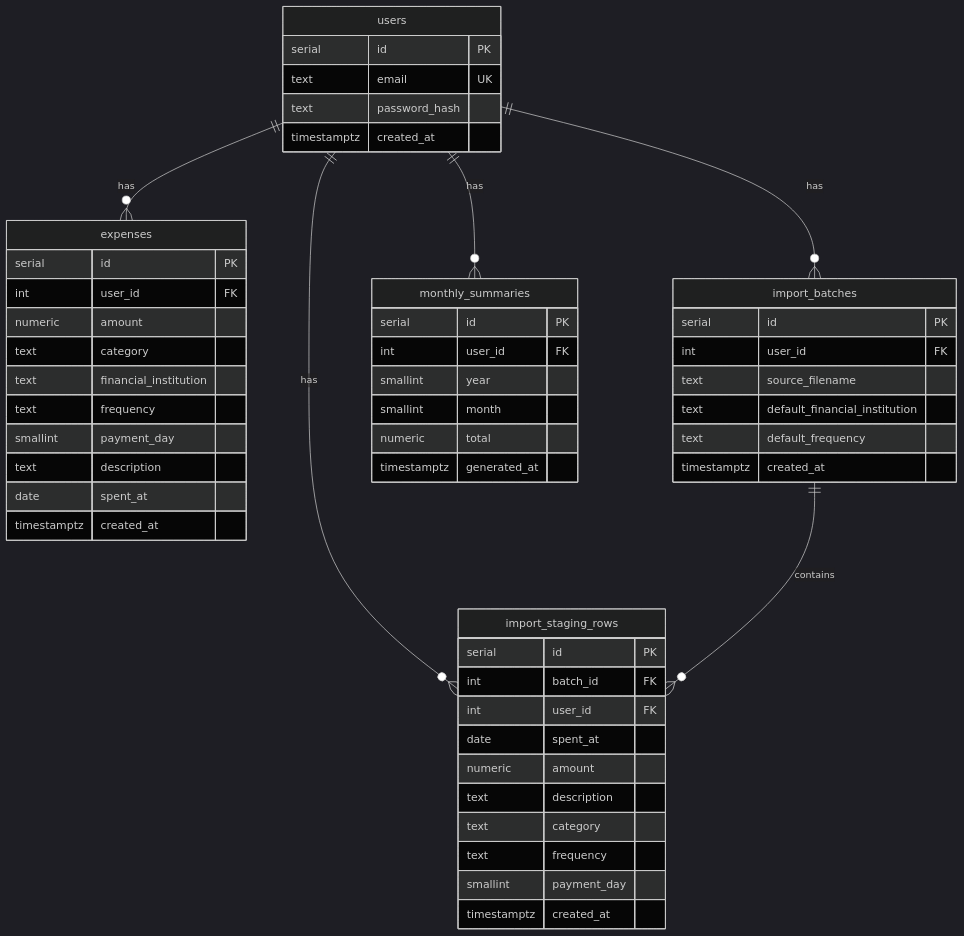
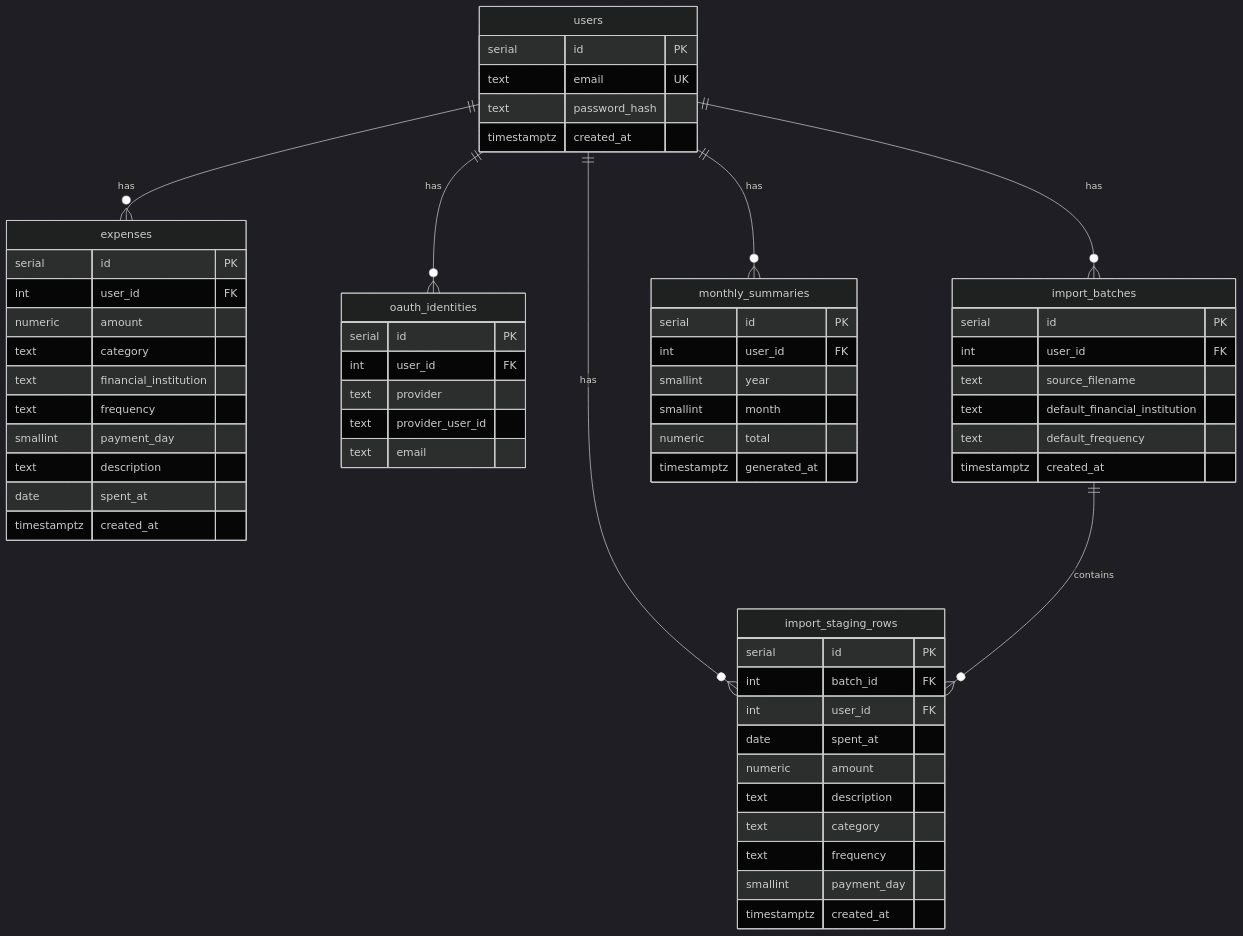
One commit to becomeonewiththecode/expense_tracker changed the fifth of 7 diagrams in docs/ARCHITECTURE_DIAGRAM.md. Above: the diagram before and after it, drawn with Mermaid (dark theme). The commit also changed other lines of this file and 19 other files, not shown here.

````diff
--- a/docs/ARCHITECTURE_DIAGRAM.md
+++ b/docs/ARCHITECTURE_DIAGRAM.md
@@ -193,59 +196,68 @@
 ```mermaid
 erDiagram
   users ||--o{ expenses : has
+  users ||--o{ oauth_identities : has
   users ||--o{ import_batches : has
   users ||--o{ import_staging_rows : has
   users ||--o{ monthly_summaries : has
   import_batches ||--o{ import_staging_rows : contains
 
   users {
     serial id PK
     text email UK
     text password_hash
     timestamptz created_at
+  }
+
+  oauth_identities {
+    serial id PK
+    int user_id FK
+    text provider
+    text provider_user_id
+    text email
   }
 
   expenses {
     serial id PK
     int user_id FK
     numeric amount
     text category
     text financial_institution
     text frequency
     smallint payment_day
     text description
     date spent_at
     timestamptz created_at
   }
 
   import_batches {
     serial id PK
     int user_id FK
     text source_filename
     text default_financial_institution
     text default_frequency
     timestamptz created_at
   }
 
   import_staging_rows {
     serial id PK
     int batch_id FK
     int user_id FK
     date spent_at
     numeric amount
     text description
     text category
     text frequency
     smallint payment_day
     timestamptz created_at
   }
 
   monthly_summaries {
     serial id PK
     int user_id FK
     smallint year
     smallint month
     numeric total
     timestamptz generated_at
   }
 ```
````
